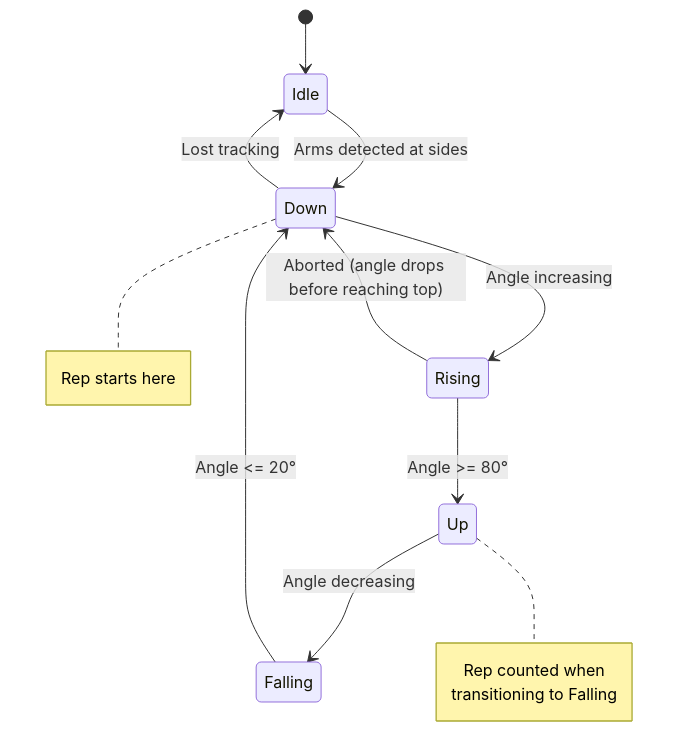
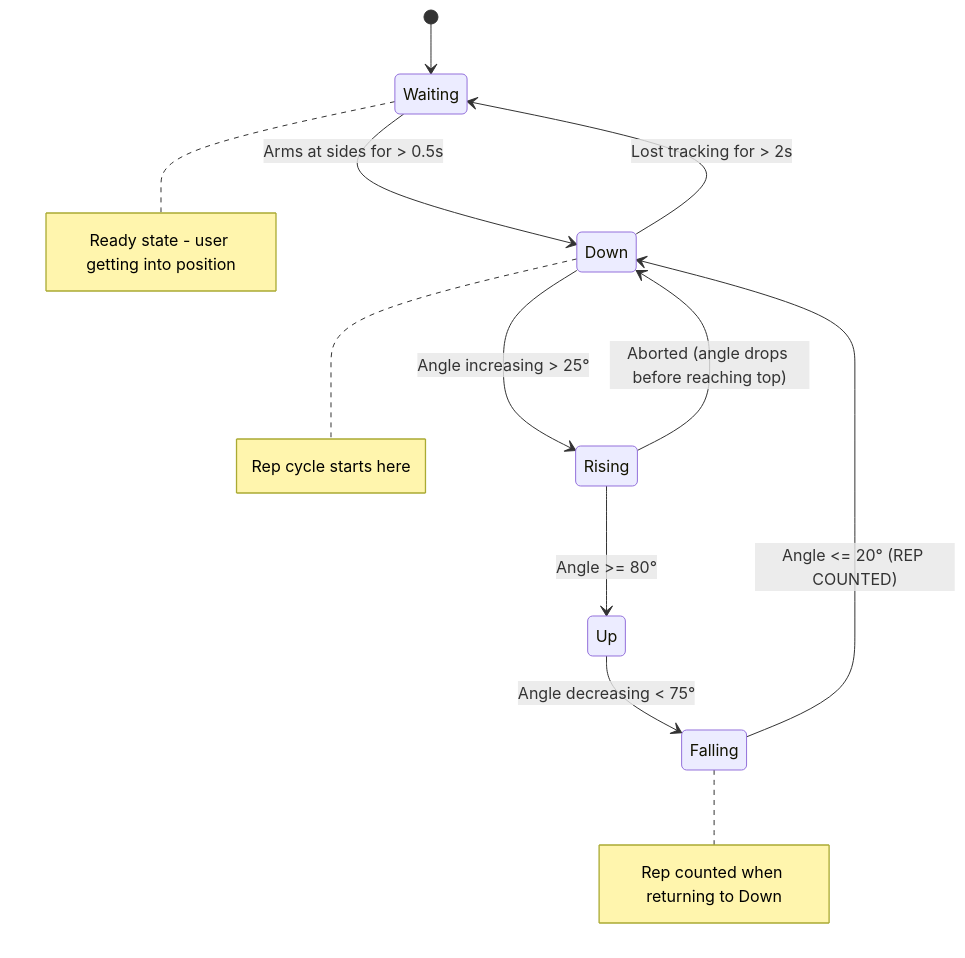
One commit to jinzishuai/fitnessPipe changed the first of 2 diagrams in docs/lateral-raise-counter-design.md. Above: the diagram before and after it, drawn with Mermaid. The commit also changed other lines of this file, not shown here.

Commit message:
add waiting state

````diff
--- a/docs/lateral-raise-counter-design.md
+++ b/docs/lateral-raise-counter-design.md
@@ -163,16 +163,17 @@
 ```mermaid
 stateDiagram-v2
-    [*] --> Idle
+    [*] --> Waiting
     
-    Idle --> Down: Arms detected at sides
-    Down --> Rising: Angle increasing
+    Waiting --> Down: Arms at sides for > 0.5s
+    Down --> Rising: Angle increasing > 25°
     Rising --> Up: Angle >= 80°
-    Up --> Falling: Angle decreasing
-    Falling --> Down: Angle <= 20°
+    Up --> Falling: Angle decreasing < 75°
+    Falling --> Down: Angle <= 20° (REP COUNTED)
     
-    Down --> Idle: Lost tracking
+    Down --> Waiting: Lost tracking for > 2s
     Rising --> Down: Aborted (angle drops before reaching top)
     
-    note right of Down: Rep starts here
-    note right of Up: Rep counted when<br/>transitioning to Falling
+    note right of Waiting: Ready state - user getting into position
+    note right of Down: Rep cycle starts here
+    note right of Falling: Rep counted when returning to Down
 ```
````
